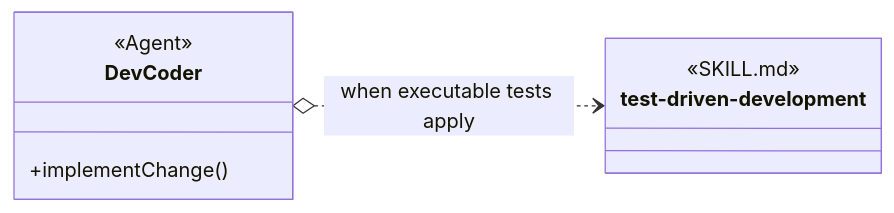
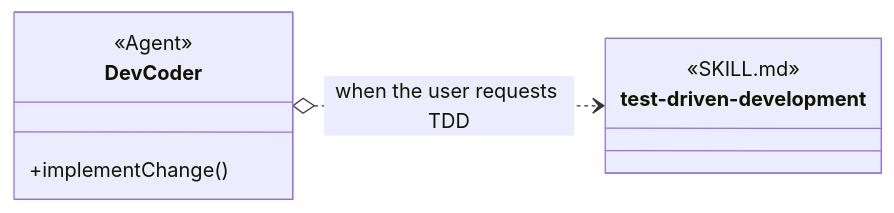
Before and after one commit to martinbechard/dev-methodology: the second of 10 diagrams in design/object-oriented-agent-and-skill-model.md, drawn with Mermaid. The commit also changed other lines of this file and 2 other files, not shown here.

````diff
--- a/design/object-oriented-agent-and-skill-model.md
+++ b/design/object-oriented-agent-and-skill-model.md
@@ -204,16 +87,16 @@
 ```mermaid
 classDiagram
     direction LR
 
     class DevCoder {
         <<Agent>>
         +implementChange()
     }
 
     class test-driven-development {
         <<SKILL.md>>
         <<Agent Skill>>
     }
 
-    DevCoder o..> test-driven-development : when executable tests apply
+    DevCoder o..> test-driven-development : when the user requests TDD
 ```
````
